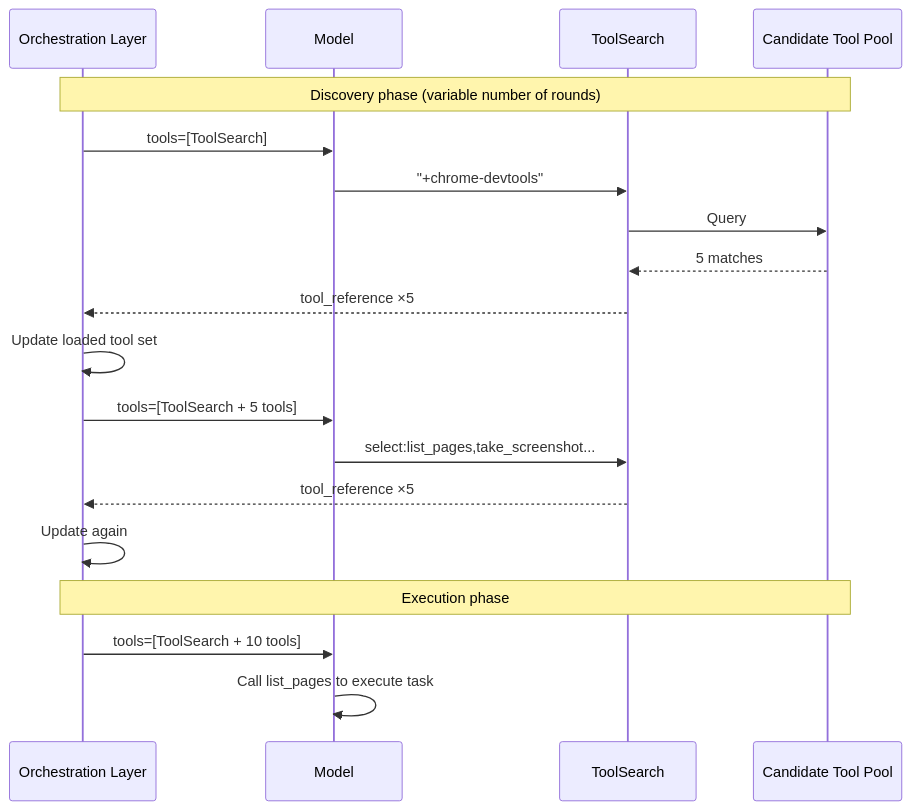
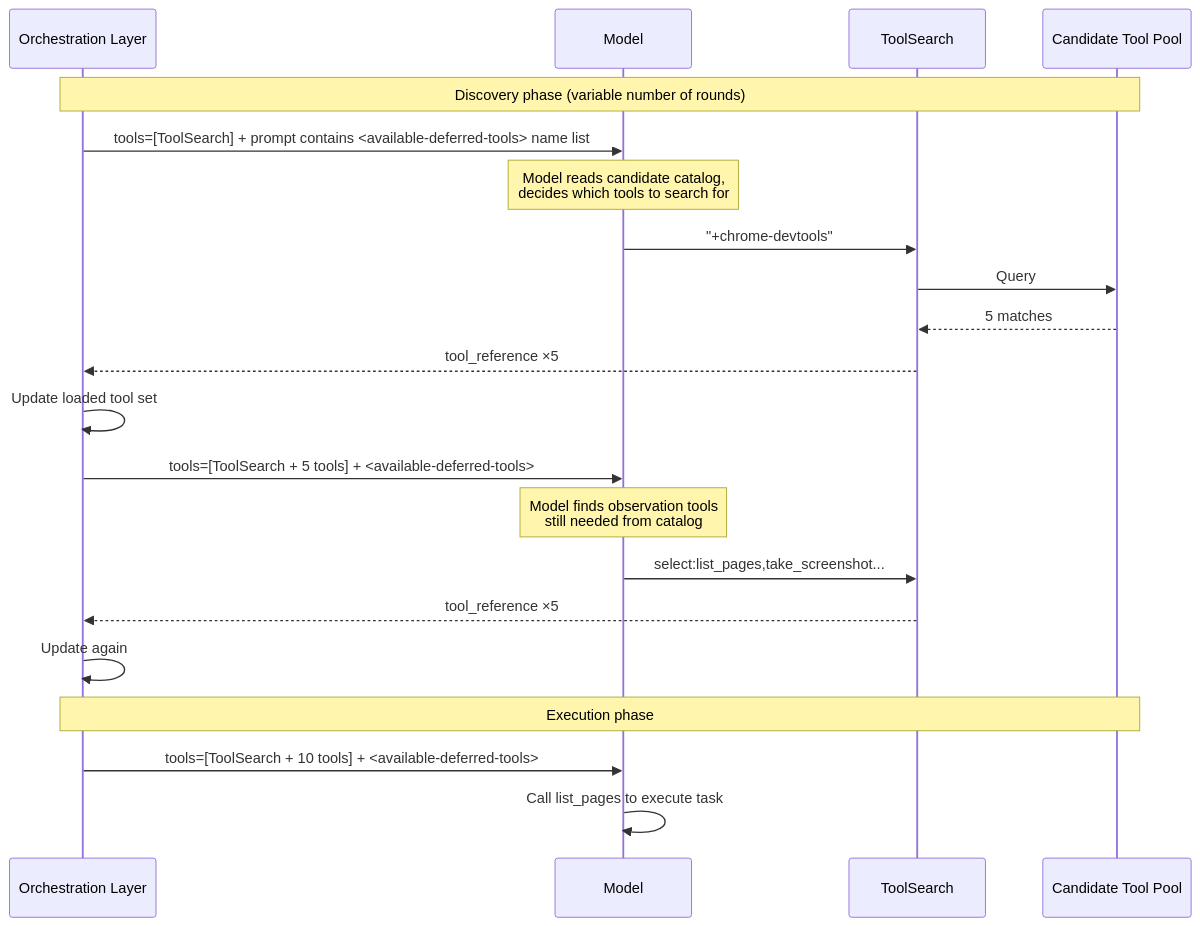
One commit to Stool233/website changed the second of 2 diagrams in src/content/blog/claude-code-toolsearch.md. Above: the diagram before and after it, drawn with Mermaid. The commit also changed other lines of this file, not shown here.

````diff
--- a/src/content/blog/claude-code-toolsearch.md
+++ b/src/content/blog/claude-code-toolsearch.md
@@ -56,24 +56,26 @@
 ```mermaid
 sequenceDiagram
     participant O as Orchestration Layer
     participant L as Model
     participant S as ToolSearch
     participant P as Candidate Tool Pool
 
     Note over O,P: Discovery phase (variable number of rounds)
-    O->>L: tools=[ToolSearch]
+    O->>L: tools=[ToolSearch] + prompt contains <available-deferred-tools> name list
+    Note over L: Model reads candidate catalog,<br/>decides which tools to search for
     L->>S: "+chrome-devtools"
     S->>P: Query
     P-->>S: 5 matches
     S-->>O: tool_reference ×5
     O->>O: Update loaded tool set
 
-    O->>L: tools=[ToolSearch + 5 tools]
+    O->>L: tools=[ToolSearch + 5 tools] + <available-deferred-tools>
+    Note over L: Model finds observation tools<br/>still needed from catalog
     L->>S: select:list_pages,take_screenshot...
     S-->>O: tool_reference ×5
     O->>O: Update again
 
     Note over O,P: Execution phase
-    O->>L: tools=[ToolSearch + 10 tools]
+    O->>L: tools=[ToolSearch + 10 tools] + <available-deferred-tools>
     L->>L: Call list_pages to execute task
 ```
````
